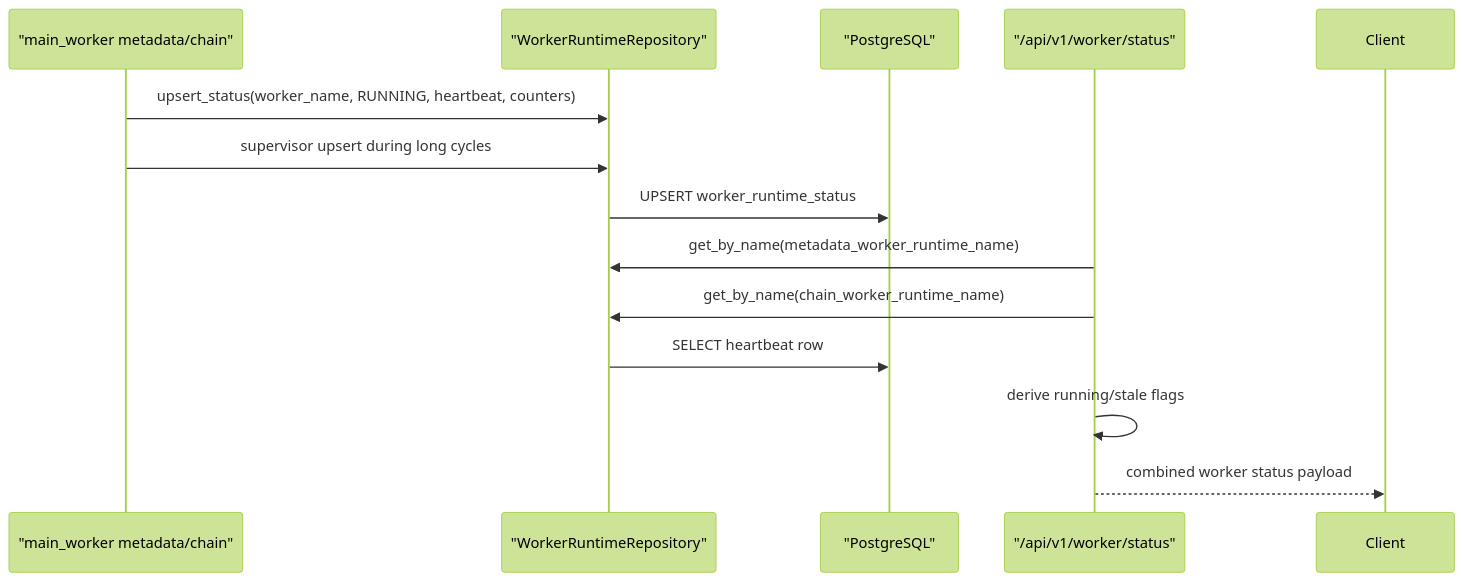
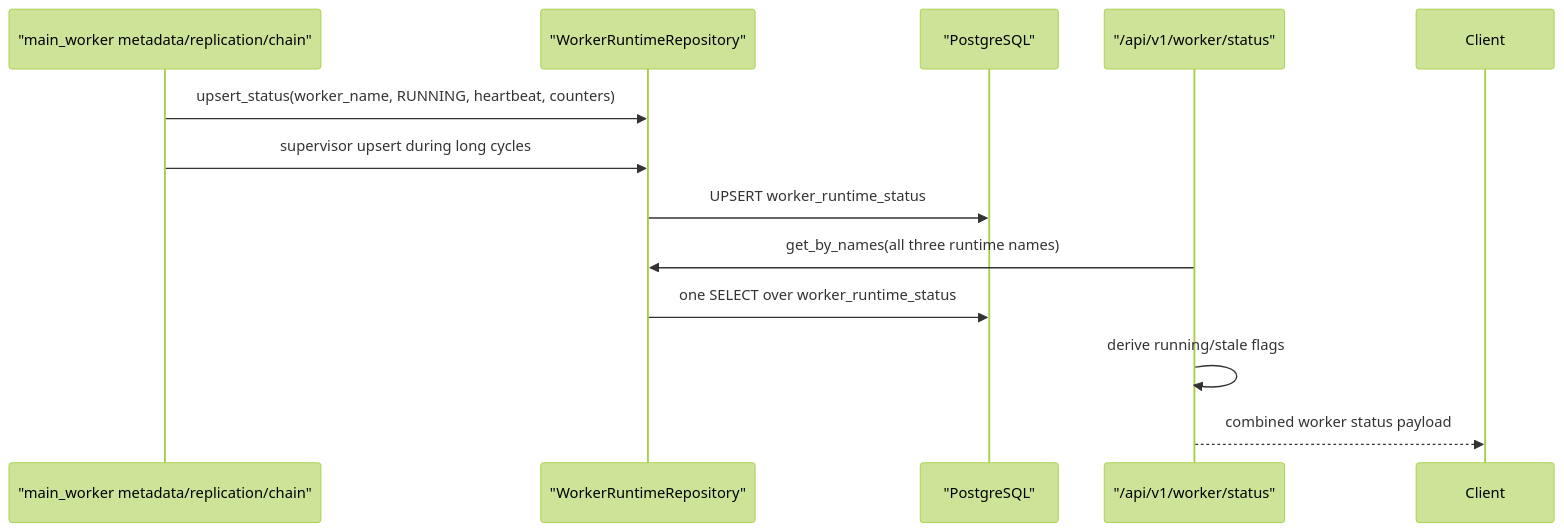
Diagram 11 of 13 in minter-architecture.md (LA-Referencia-IOI/dark-core-minter-api), drawn with Mermaid (forest theme) before and after one commit. The commit also changed other lines of this file and 15 other files, not shown here.

Commit message:
feat: separate replication reconciliation worker

````diff
--- a/minter-architecture.md
+++ b/minter-architecture.md
@@ -429,16 +476,15 @@
 ```mermaid
 sequenceDiagram
-    participant Worker as "main_worker metadata/chain"
+    participant Worker as "main_worker metadata/replication/chain"
     participant Repo as "WorkerRuntimeRepository"
     participant DB as "PostgreSQL"
     participant API as "/api/v1/worker/status"
 
     Worker->>Repo: upsert_status(worker_name, RUNNING, heartbeat, counters)
     Worker->>Repo: supervisor upsert during long cycles
     Repo->>DB: UPSERT worker_runtime_status
-    API->>Repo: get_by_name(metadata_worker_runtime_name)
-    API->>Repo: get_by_name(chain_worker_runtime_name)
-    Repo->>DB: SELECT heartbeat row
+    API->>Repo: get_by_names(all three runtime names)
+    Repo->>DB: one SELECT over worker_runtime_status
     API->>API: derive running/stale flags
     API-->>Client: combined worker status payload
 ```
````
